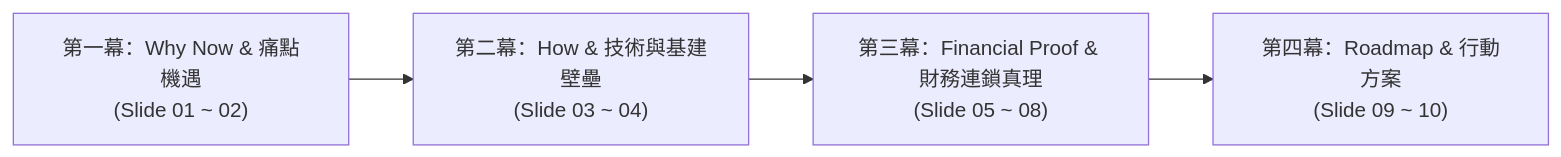
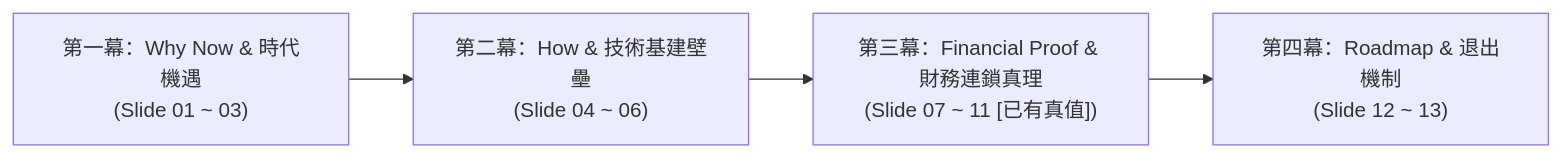
The diagram in PITCH_DECK_BLUEPRINT.md (gyhongyu/Project-Indo-Phoenix), drawn with Mermaid before and after one commit. The commit also changed other lines of this file and 7 other files, not shown here.

````diff
--- a/PITCH_DECK_BLUEPRINT.md
+++ b/PITCH_DECK_BLUEPRINT.md
@@ -13,7 +21,7 @@
 ```mermaid
 flowchart LR
-    Act1["第一幕：Why Now & 痛點機遇<br/>(Slide 01 ~ 02)"] 
-    --> Act2["第二幕：How & 技術與基建壁壘<br/>(Slide 03 ~ 04)"] 
-    --> Act3["第三幕：Financial Proof & 財務連鎖真理<br/>(Slide 05 ~ 08)"] 
-    --> Act4["第四幕：Roadmap & 行動方案<br/>(Slide 09 ~ 10)"]
+    Act1["第一幕：Why Now & 時代機遇<br/>(Slide 01 ~ 03)"] 
+    --> Act2["第二幕：How & 技術基建壁壘<br/>(Slide 04 ~ 06)"] 
+    --> Act3["第三幕：Financial Proof & 財務連鎖真理<br/>(Slide 07 ~ 11 [已有真值])"] 
+    --> Act4["第四幕：Roadmap & 退出機制<br/>(Slide 12 ~ 13)"]
 ```
````
